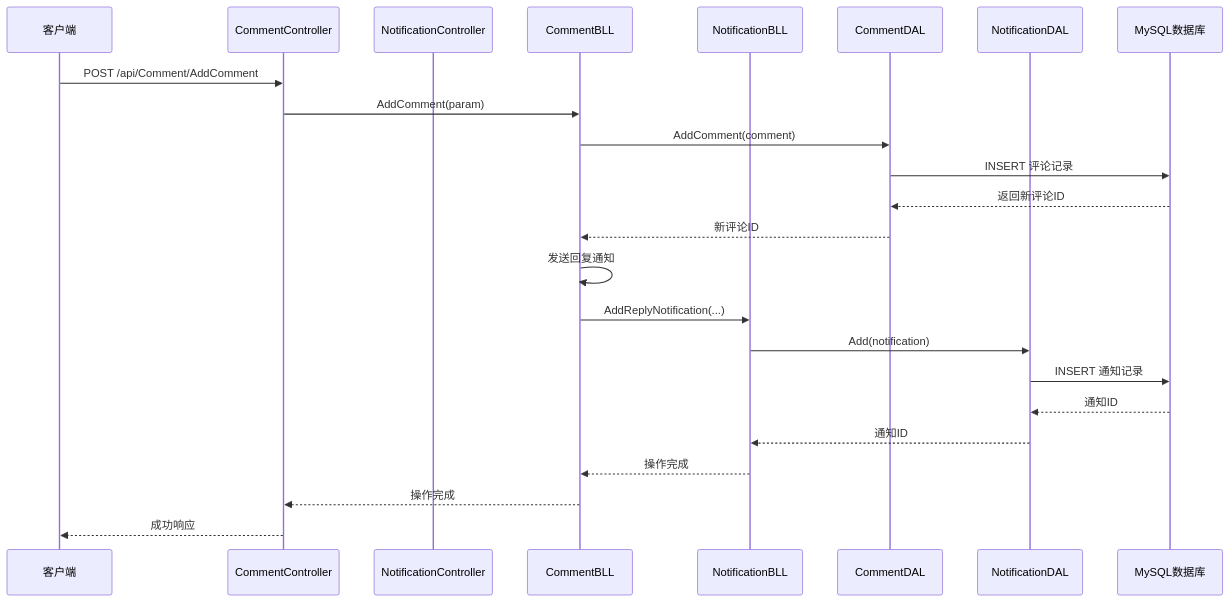
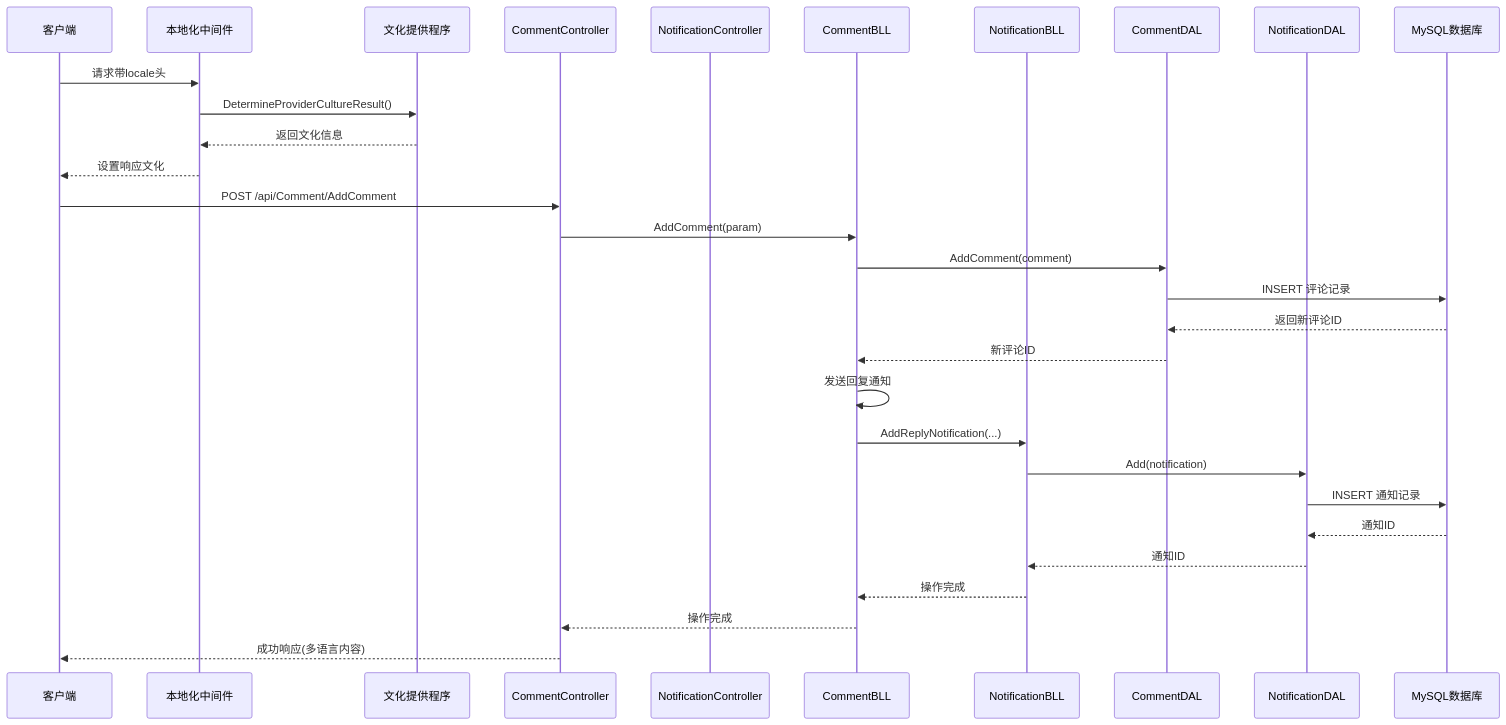
The second of 7 diagrams in .qoder/repowiki/zh/content/API 接口参考/评论系统 API.md (TinyMaD/SpeedRunnersLab), drawn with Mermaid before and after one commit. The commit also changed other lines of this file and 34 other files, not shown here.

````diff
--- a/.qoder/repowiki/zh/content/API 接口参考/评论系统 API.md
+++ b/.qoder/repowiki/zh/content/API 接口参考/评论系统 API.md
@@ -145,26 +172,32 @@
 ```mermaid
 sequenceDiagram
 participant Client as 客户端
+participant LocaleMiddleware as 本地化中间件
+participant LocaleProvider as 文化提供程序
 participant CommentController as CommentController
 participant NotificationController as NotificationController
 participant CommentBLL as CommentBLL
 participant NotificationBLL as NotificationBLL
 participant CommentDAL as CommentDAL
 participant NotificationDAL as NotificationDAL
 participant DB as MySQL数据库
+Client->>LocaleMiddleware : 请求带locale头
+LocaleMiddleware->>LocaleProvider : DetermineProviderCultureResult()
+LocaleProvider-->>LocaleMiddleware : 返回文化信息
+LocaleMiddleware-->>Client : 设置响应文化
 Client->>CommentController : POST /api/Comment/AddComment
 CommentController->>CommentBLL : AddComment(param)
 CommentBLL->>CommentDAL : AddComment(comment)
 CommentDAL->>DB : INSERT 评论记录
 DB-->>CommentDAL : 返回新评论ID
 CommentDAL-->>CommentBLL : 新评论ID
 CommentBLL->>CommentBLL : 发送回复通知
 CommentBLL->>NotificationBLL : AddReplyNotification(...)
 NotificationBLL->>NotificationDAL : Add(notification)
 NotificationDAL->>DB : INSERT 通知记录
 DB-->>NotificationDAL : 通知ID
 NotificationDAL-->>NotificationBLL : 通知ID
 NotificationBLL-->>CommentBLL : 操作完成
 CommentBLL-->>CommentController : 操作完成
-CommentController-->>Client : 成功响应
+CommentController-->>Client : 成功响应(多语言内容)
 ```
````
